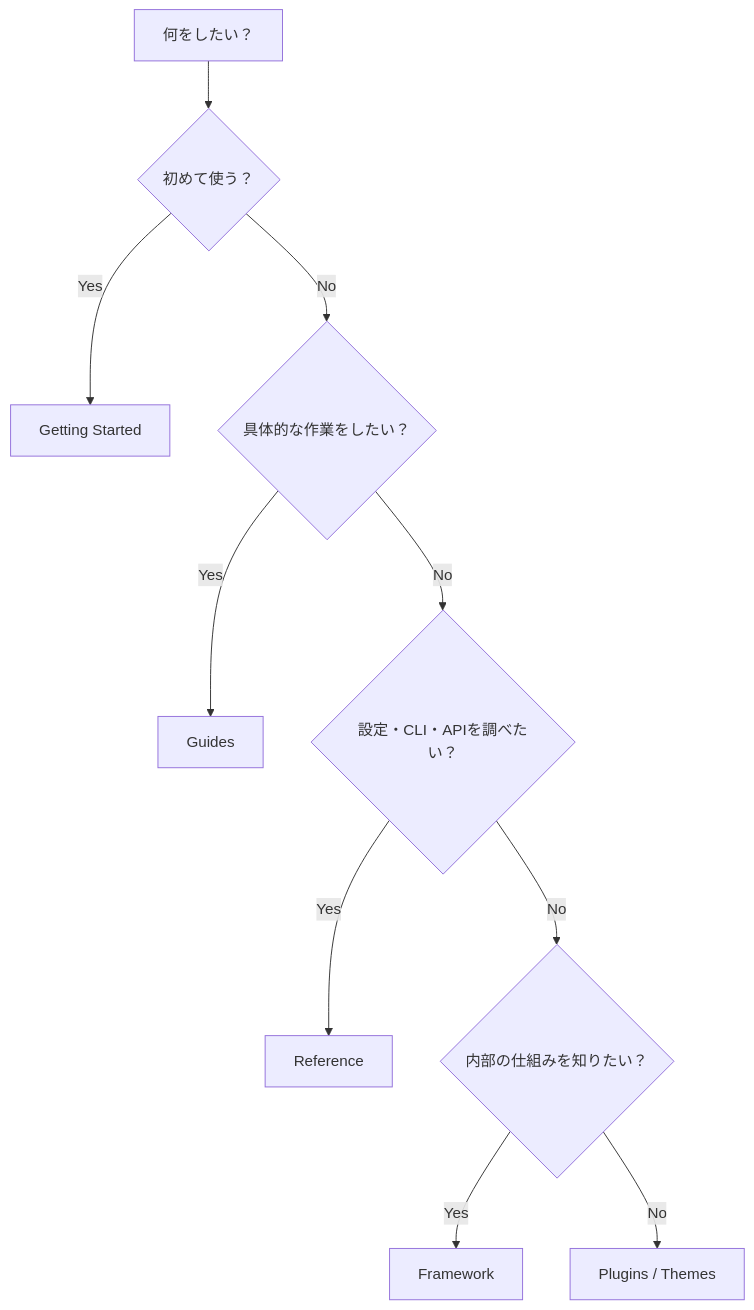
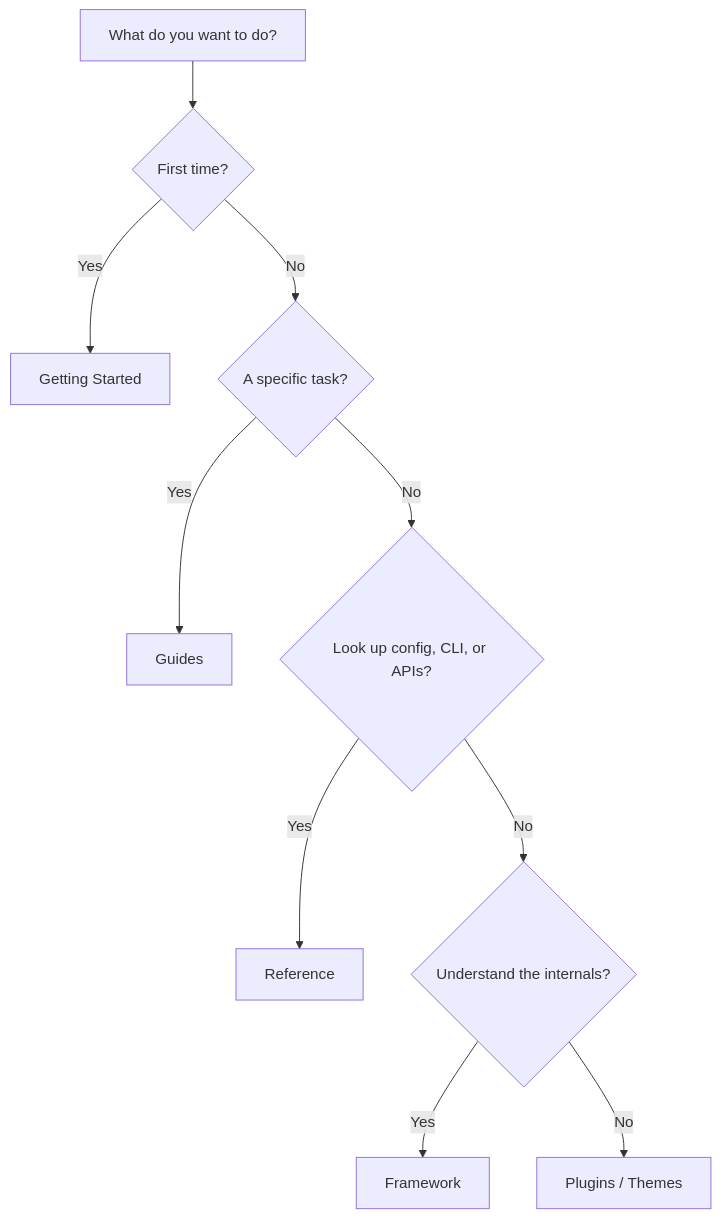
One commit to Rerurate514/riebeckite changed the fourth of 4 diagrams in docs/README.md. Above: the diagram before and after it, drawn with Mermaid. The commit also changed other lines of this file and 604 other files, not shown here.

````diff
--- a/docs/README.md
+++ b/docs/README.md
@@ -212,17 +205,14 @@
-```mermaid id="os6l8k"
+```mermaid
 flowchart TD
-    Start["何をしたい？"]
+    Start["What do you want to do?"]
 
-    Start --> First{"初めて使う？"}
+    Start --> First{"First time?"}
     First -->|Yes| Getting["Getting Started"]
-    First -->|No| Task{"具体的な作業をしたい？"}
-
+    First -->|No| Task{"A specific task?"}
     Task -->|Yes| Guides["Guides"]
-    Task -->|No| API{"設定・CLI・APIを調べたい？"}
-
+    Task -->|No| API{"Look up config, CLI, or APIs?"}
     API -->|Yes| Reference["Reference"]
-    API -->|No| Internal{"内部の仕組みを知りたい？"}
-
+    API -->|No| Internal{"Understand the internals?"}
     Internal -->|Yes| Framework["Framework"]
     Internal -->|No| Plugins["Plugins / Themes"]
 ```
````
